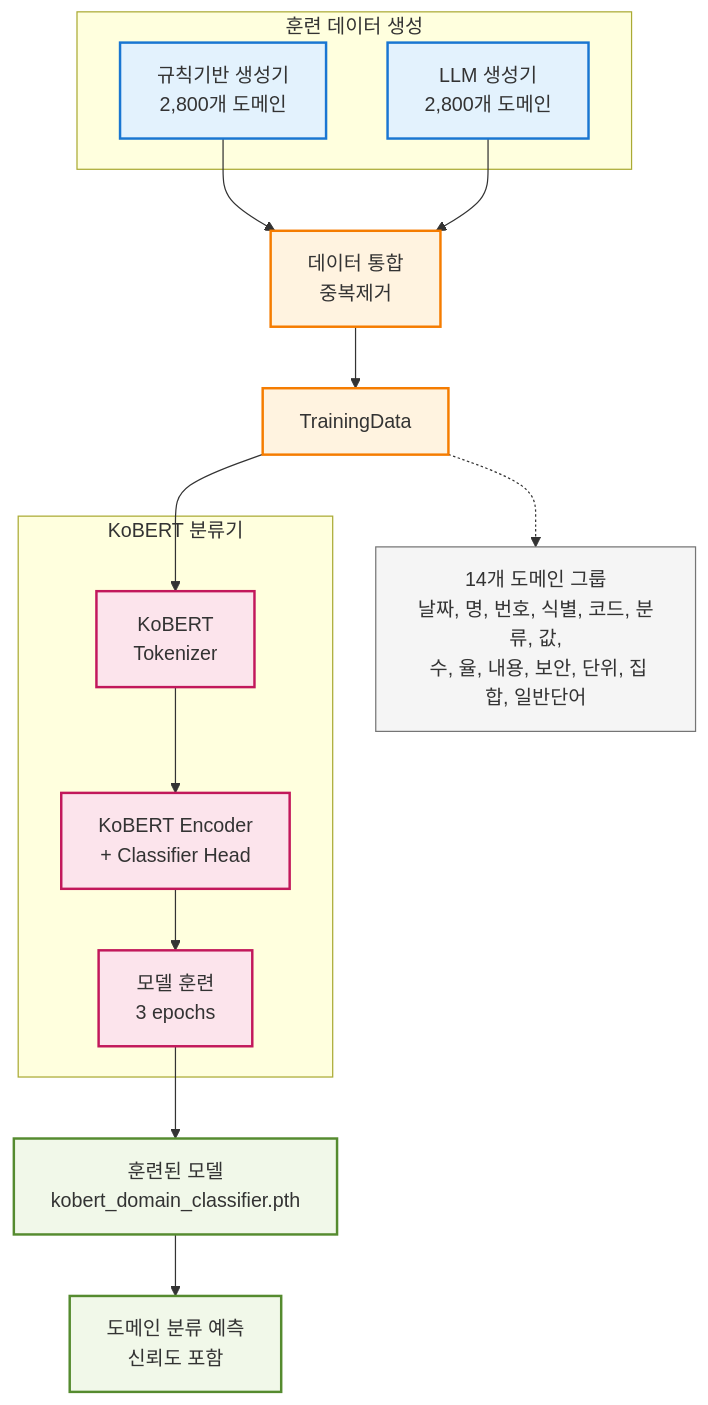
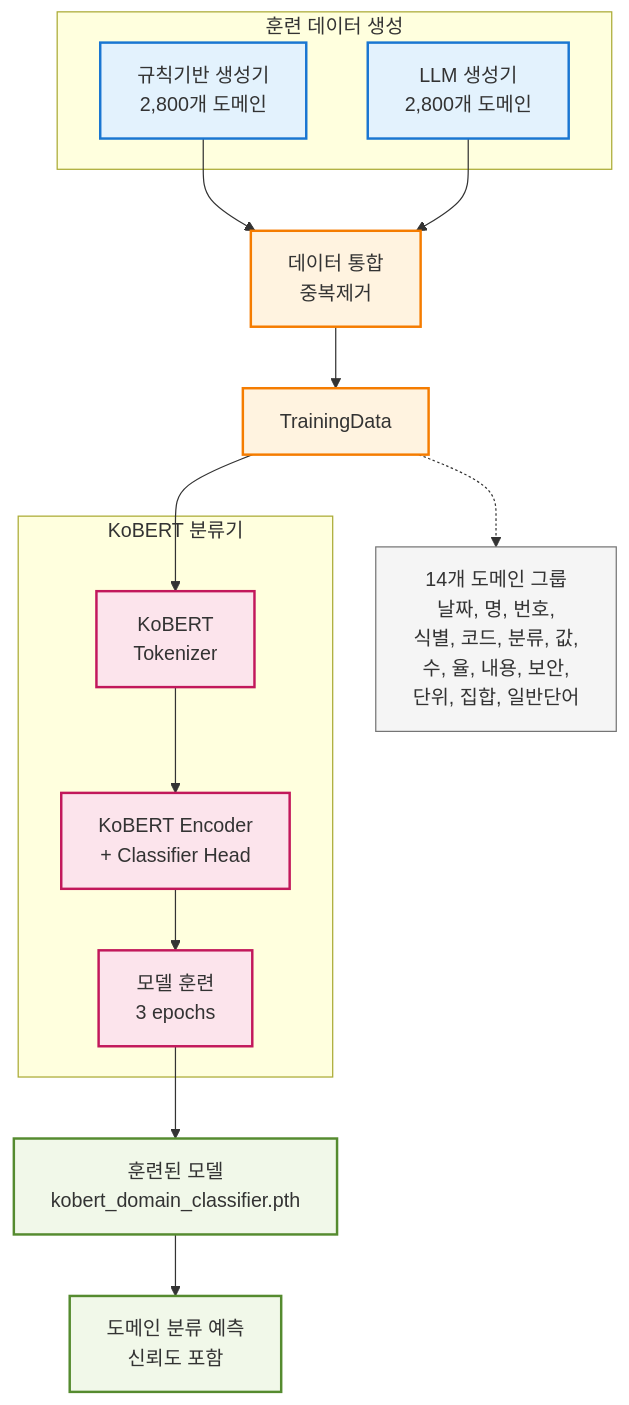
One commit to kmink3225/website changed the fifth of 44 diagrams in docs/portfolio/flowchart.qmd. Above: the diagram before and after it, drawn with Mermaid. The commit also changed other lines of this file and 3 other files, not shown here.

````diff
--- a/docs/portfolio/flowchart.qmd
+++ b/docs/portfolio/flowchart.qmd
@@ -440,53 +336,53 @@
 ```{mermaid}
 graph TD
     %% Data Generation
     subgraph DataGen["훈련 데이터 생성"]
         RuleGen[규칙기반 생성기<br/>2,800개 도메인]
         LLMGen[LLM 생성기<br/>2,800개 도메인]
     end
     
     %% Data Processing
     DataMerger[데이터 통합<br/>중복제거]
     
     
     %% Model Training
     subgraph ModelTrain["KoBERT 분류기"]
         Tokenizer[KoBERT<br/>Tokenizer]
         Model[KoBERT Encoder<br/>+ Classifier Head]
         Training[모델 훈련<br/>3 epochs]
     end
     
     %% Output
     TrainedModel[훈련된 모델<br/>kobert_domain_classifier.pth]
     Prediction[도메인 분류 예측<br/>신뢰도 포함]
     
     %% Flow
     RuleGen --> DataMerger
     LLMGen --> DataMerger
     DataMerger --> TrainingData
     
     TrainingData --> Tokenizer
     Tokenizer --> Model
     Model --> Training
     Training --> TrainedModel
     
     TrainedModel --> Prediction
     
     %% Domain Groups Box
-    DomainGroups[" 14개 도메인 그룹<br/>날짜, 명, 번호, 식별, 코드, 분류, 값,<br/> 수, 율, 내용, 보안, 단위, 집합, 일반단어"]
+    DomainGroups[" 14개 도메인 그룹<br/>날짜, 명, 번호,<br/>식별, 코드, 분류, 값,<br/> 수, 율, 내용, 보안,<br/>단위, 집합, 일반단어"]
     
     TrainingData -.-> DomainGroups
     
     %% Styling
     classDef generation fill:#e3f2fd,stroke:#1976d2,stroke-width:2px
     classDef processing fill:#fff3e0,stroke:#f57c00,stroke-width:2px
     classDef model fill:#fce4ec,stroke:#c2185b,stroke-width:2px
     classDef output fill:#f1f8e9,stroke:#558b2f,stroke-width:2px
     classDef info fill:#f5f5f5,stroke:#757575,stroke-width:1px
     
     class RuleGen,LLMGen generation
     class DataMerger,TrainingData processing
     class Tokenizer,Model,Training model
     class TrainedModel,Prediction output
     class DomainGroups info
 ```
````
